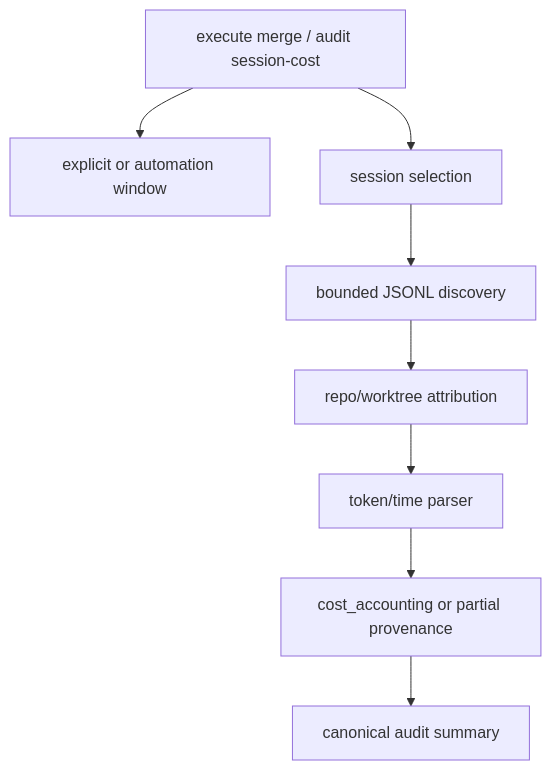
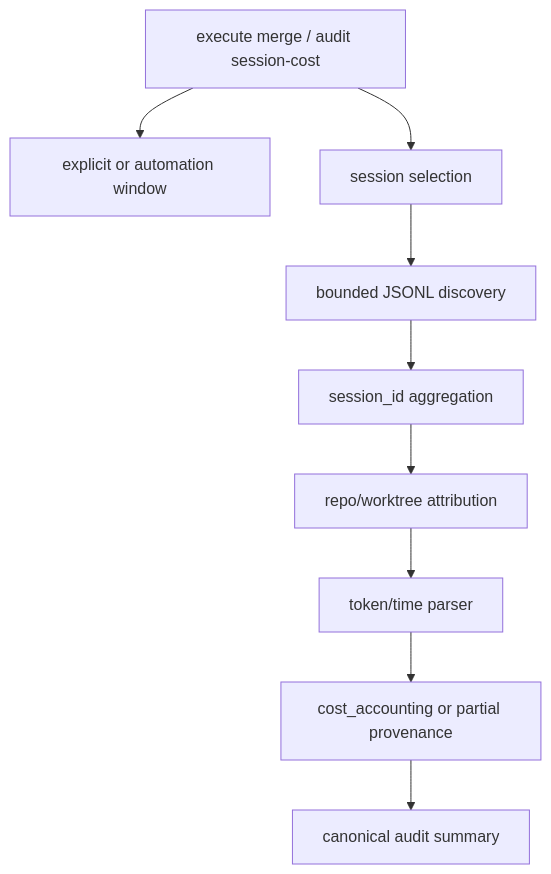
Before and after one commit to Unson-LLC/vibepro: the diagram in docs/architecture/vibepro-session-cost-attribution-hardening.md, drawn with Mermaid. The commit also changed other lines of this file and 4 other files, not shown here.

````diff
--- a/docs/architecture/vibepro-session-cost-attribution-hardening.md
+++ b/docs/architecture/vibepro-session-cost-attribution-hardening.md
@@ -18,10 +18,11 @@
 ```mermaid
 flowchart TD
   Request["execute merge / audit session-cost"] --> Window["explicit or automation window"]
   Request --> Selection["session selection"]
   Selection --> Files["bounded JSONL discovery"]
-  Files --> Cwd["repo/worktree attribution"]
+  Files --> Aggregate["session_id aggregation"]
+  Aggregate --> Cwd["repo/worktree attribution"]
   Cwd --> Parse["token/time parser"]
   Parse --> Cost["cost_accounting or partial provenance"]
   Cost --> Canonical["canonical audit summary"]
 ```
````
